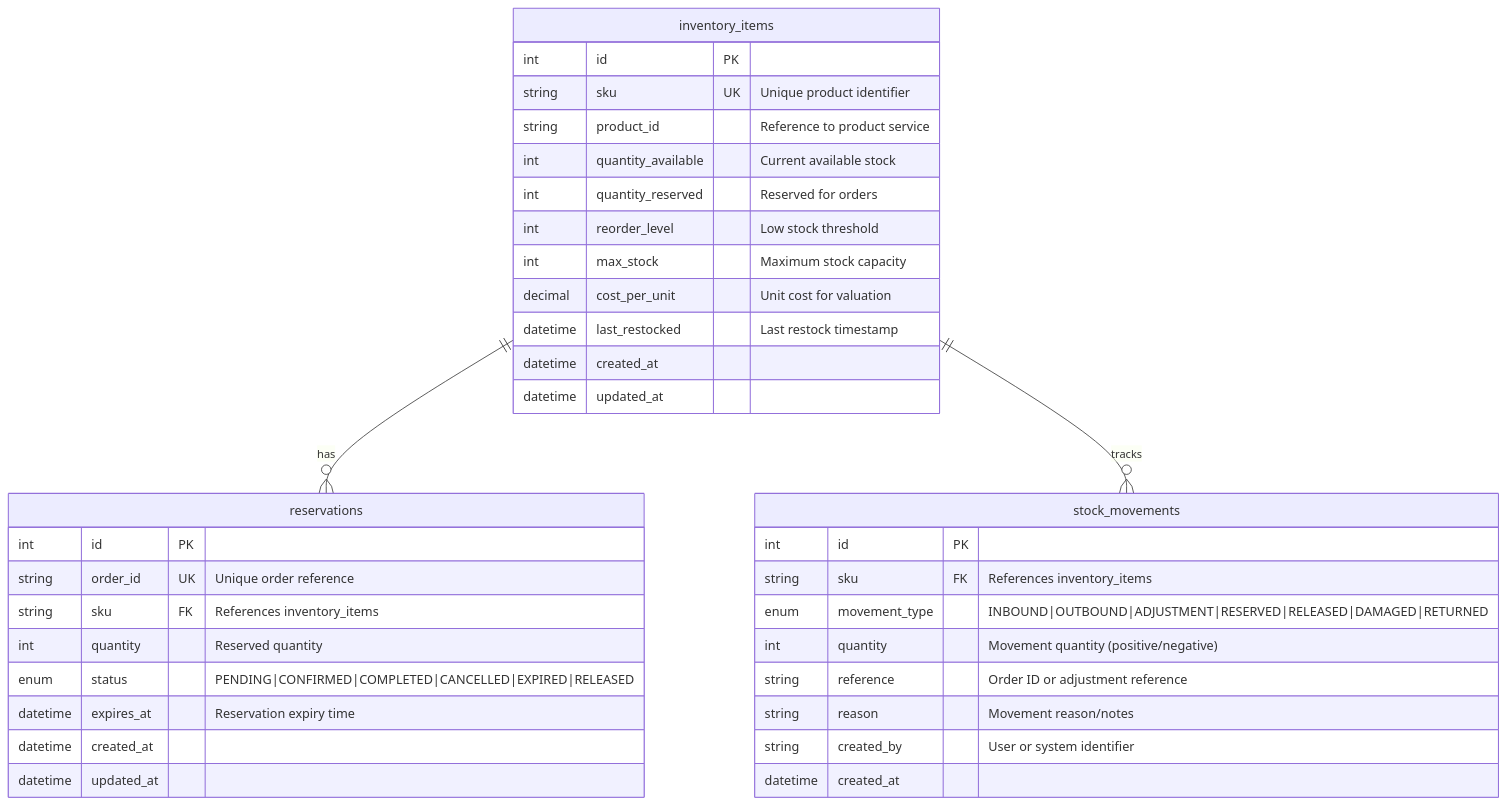
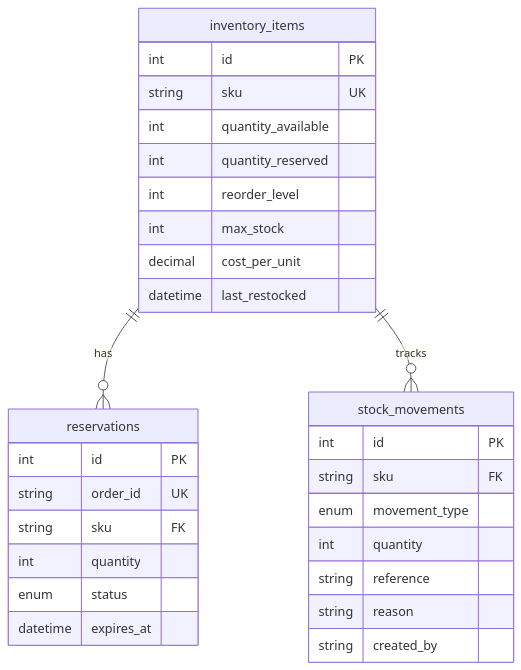
One commit to xshopai/inventory-service changed the second of 3 diagrams in docs/ARCHITECTURE.md. Above: the diagram before and after it, drawn with Mermaid. The commit also changed other lines of this file, not shown here.

Commit message:
Implement feature X to enhance user experience and optimize performance

````diff
--- a/docs/ARCHITECTURE.md
+++ b/docs/ARCHITECTURE.md
@@ -148,41 +351,35 @@
 ```mermaid
 erDiagram
     inventory_items ||--o{ reservations : "has"
     inventory_items ||--o{ stock_movements : "tracks"
 
     inventory_items {
         int id PK
-        string sku UK "Unique product identifier"
-        string product_id "Reference to product service"
-        int quantity_available "Current available stock"
-        int quantity_reserved "Reserved for orders"
-        int reorder_level "Low stock threshold"
-        int max_stock "Maximum stock capacity"
-        decimal cost_per_unit "Unit cost for valuation"
-        datetime last_restocked "Last restock timestamp"
-        datetime created_at
-        datetime updated_at
+        string sku UK
+        int quantity_available
+        int quantity_reserved
+        int reorder_level
+        int max_stock
+        decimal cost_per_unit
+        datetime last_restocked
     }
 
     reservations {
         int id PK
-        string order_id UK "Unique order reference"
-        string sku FK "References inventory_items"
-        int quantity "Reserved quantity"
-        enum status "PENDING|CONFIRMED|COMPLETED|CANCELLED|EXPIRED|RELEASED"
-        datetime expires_at "Reservation expiry time"
-        datetime created_at
-        datetime updated_at
+        string order_id UK
+        string sku FK
+        int quantity
+        enum status
+        datetime expires_at
     }
 
     stock_movements {
         int id PK
-        string sku FK "References inventory_items"
-        enum movement_type "INBOUND|OUTBOUND|ADJUSTMENT|RESERVED|RELEASED|DAMAGED|RETURNED"
-        int quantity "Movement quantity (positive/negative)"
-        string reference "Order ID or adjustment reference"
-        string reason "Movement reason/notes"
-        string created_by "User or system identifier"
-        datetime created_at
+        string sku FK
+        enum movement_type
+        int quantity
+        string reference
+        string reason
+        string created_by
     }
 ```
````
